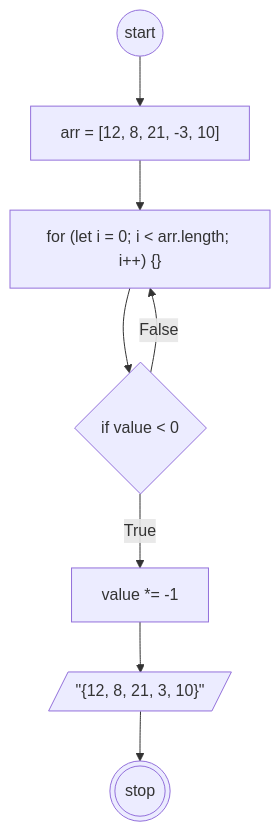
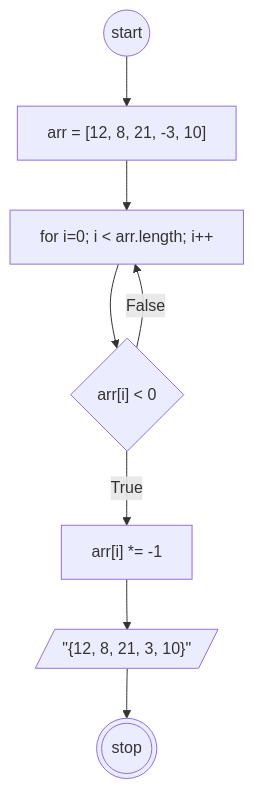
One commit to bildanjhry/Koda-b8-Algoritma changed the diagram in readme.md. Above: the diagram before and after it, drawn with Mermaid. The commit also changed other lines of this file, not shown here.

````diff
--- a/readme.md
+++ b/readme.md
@@ -20,14 +20,14 @@
 ```mermaid
 flowchart TD
 
 start@{shape: circle, label: "start"}
 num@{shape: rect, label: "arr = [12, 8, 21, -3, 10]"}
-for@{shape: rect, label: "for (let i = 0; i < arr.length; i++) {}"}
-con@{shape: diam, label: "if value < 0 "}
-true@{shape: rect, label: "value *= -1"}
+for@{shape: rect, label: "for i=0; i < arr.length; i++"}
+con@{shape: diam, label: "arr[i] < 0 "}
+true@{shape: rect, label: "arr[i] *= -1"}
 out@{shape: lean-r, label: '"{12, 8, 21, 3, 10}"'}
 stop@{shape: double-circle, label : "stop"}
 start-->num-->for-->con-- True -->true-->out-->stop
 con -- False -->for
 
 ```
````
